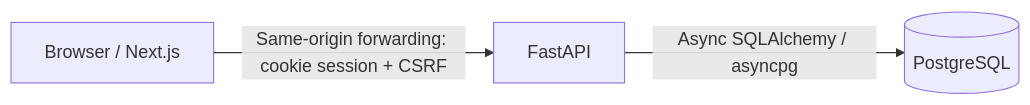
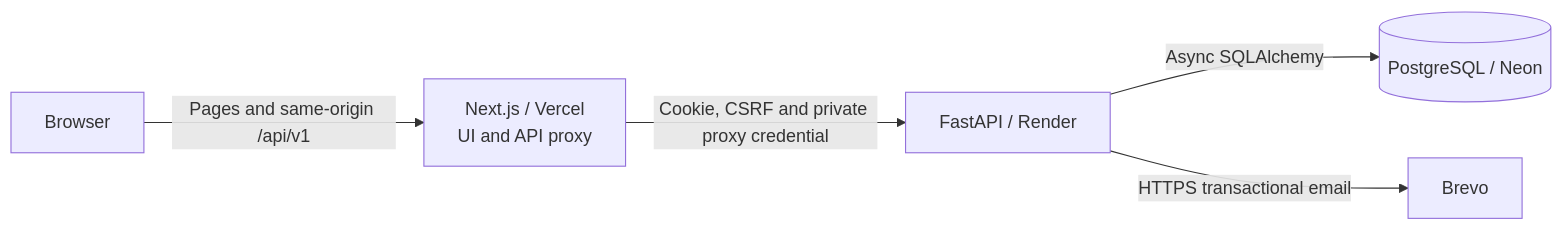
The diagram in README.md (Chaitanya7777777/CampusCollab), drawn with Mermaid before and after one commit. The commit also changed other lines of this file, not shown here.

````diff
--- a/README.md
+++ b/README.md
@@ -31,5 +43,7 @@
 ```mermaid
 flowchart LR
-    UI["Browser / Next.js"] -->|"Same-origin forwarding: cookie session + CSRF"| API["FastAPI"]
-    API -->|"Async SQLAlchemy / asyncpg"| DB[(PostgreSQL)]
+    Browser["Browser"] -->|"Pages and same-origin /api/v1"| Frontend["Next.js / Vercel<br/>UI and API proxy"]
+    Frontend -->|"Cookie, CSRF and private proxy credential"| API["FastAPI / Render"]
+    API -->|"Async SQLAlchemy"| Database[("PostgreSQL / Neon")]
+    API -->|"HTTPS transactional email"| Email["Brevo"]
 ```
````
